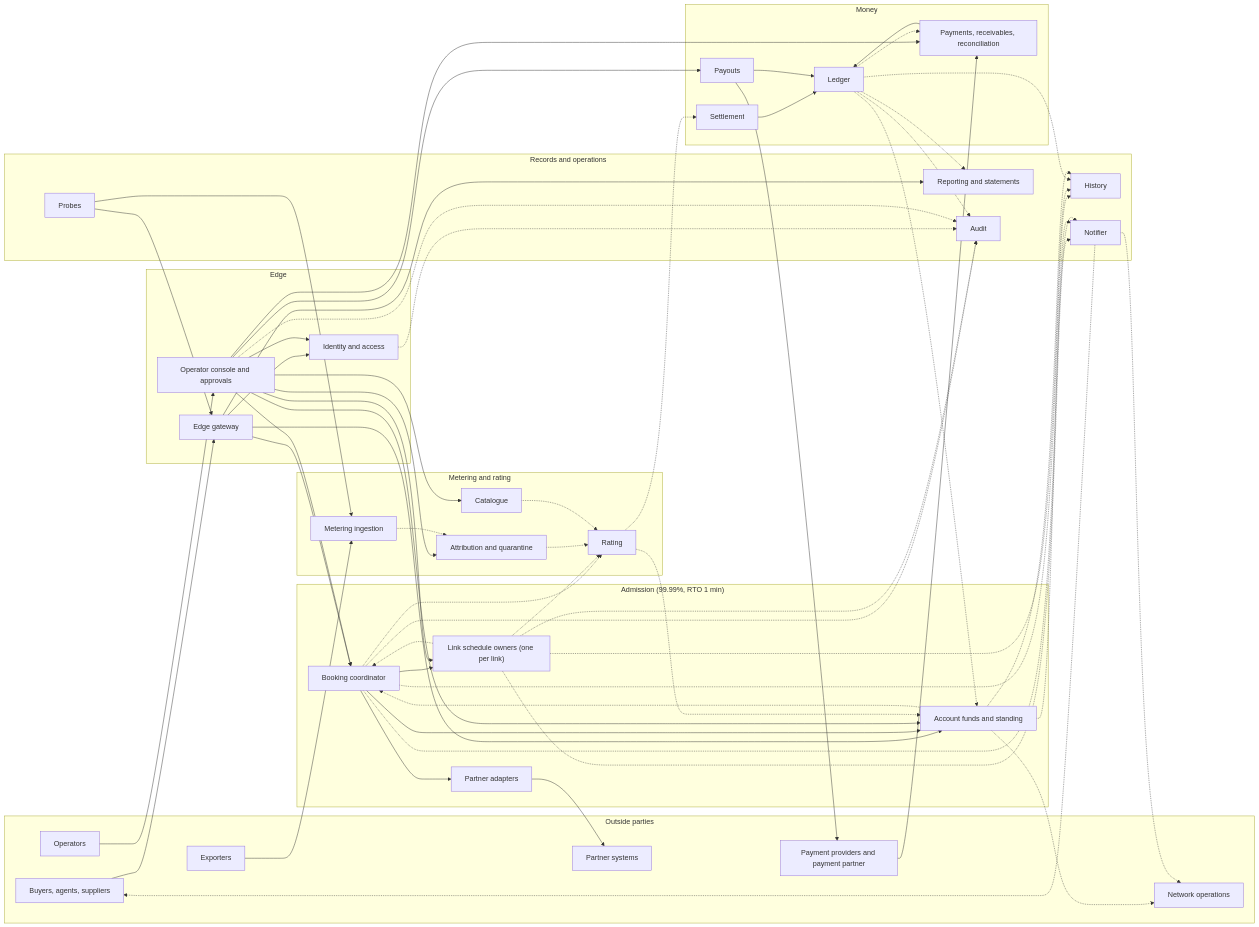
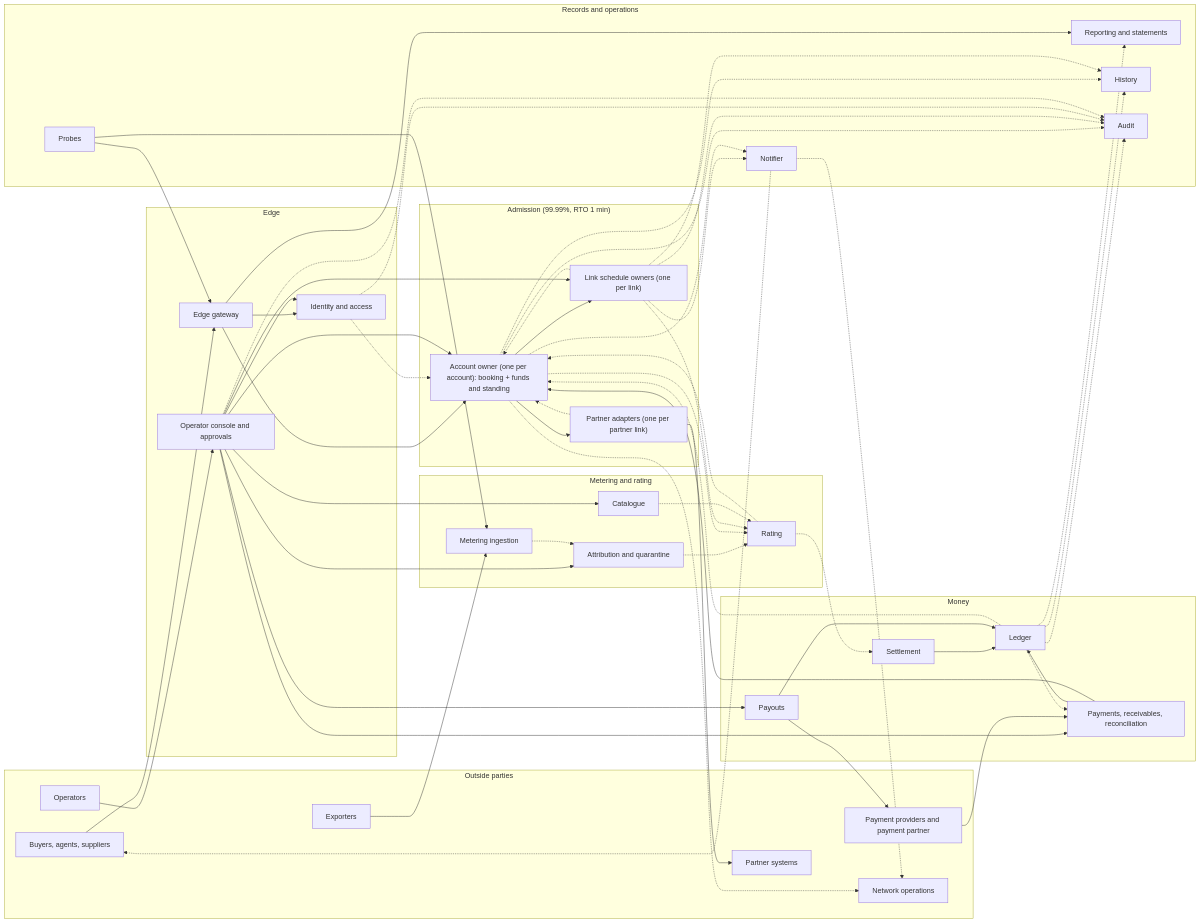
Before and after one commit to tgenov/bandwidth-reservations: the first of 4 diagrams in docs/03-rfcs/RFC-000-architecture.md, drawn with Mermaid. The commit also changed other lines of this file and 1 other file, not shown here.

First line of the commit message:
RFC-000 review and revision: account owner, expiry as conditional log entry, Nairobi/Mombasa/Johannesburg topology

```diff
--- a/docs/03-rfcs/RFC-000-architecture.md
+++ b/docs/03-rfcs/RFC-000-architecture.md
@@ -156,10 +193,9 @@
   end
 
   subgraph ADM["Admission (99.99%, RTO 1 min)"]
-    CO["Booking coordinator"]
+    AO["Account owner (one per account): booking + funds and standing"]
     LO["Link schedule owners (one per link)"]
-    PA["Partner adapters"]
-    FU["Account funds and standing"]
+    PA["Partner adapters (one per partner link)"]
   end
 
   subgraph MET["Metering and rating"]
@@ -188,49 +224,46 @@
   OPR --> CON
   GW --> IAM
   CON --> IAM
-  GW --> CO
-  GW --> FU
+  GW --> AO
   GW --> RP
-  CO --> FU
-  CO --> LO
-  CO --> PA
+  AO --> LO
+  AO --> PA
   PA --> PTN
-  LO -.-> CO
-  CON --> CO
+  LO -.-> AO
+  PA -.-> AO
+  IAM -.-> AO
+  CON --> AO
   CON --> LO
   CON --> AQ
   CON --> CAT
-  CON --> FU
   CON --> PO
   CON --> PR
   EXP --> MI
   MI -.-> AQ
   AQ -.-> RA
-  CO -.-> RA
+  AO -.-> RA
   LO -.-> RA
   CAT -.-> RA
-  RA -.-> FU
+  RA -.-> AO
   RA -.-> ST
   ST --> LE
   PAY --> PR
   PR --> LE
+  PR --> AO
   PO --> LE
   PO --> PAY
-  LE -.-> FU
+  LE -.-> AO
   LE -.-> RP
   LE -.-> PR
-  FU -.-> CO
-  FU -.-> NET
+  AO -.-> NET
   LO -.-> NO
-  CO -.-> NO
-  FU -.-> NO
+  AO -.-> NO
   NO -.-> BUY
   NO -.-> NET
-  CO -.-> HI
+  AO -.-> HI
   LO -.-> HI
   LE -.-> HI
-  FU -.-> HI
-  CO -.-> AU
+  AO -.-> AU
   LO -.-> AU
   LE -.-> AU
   IAM -.-> AU
```
